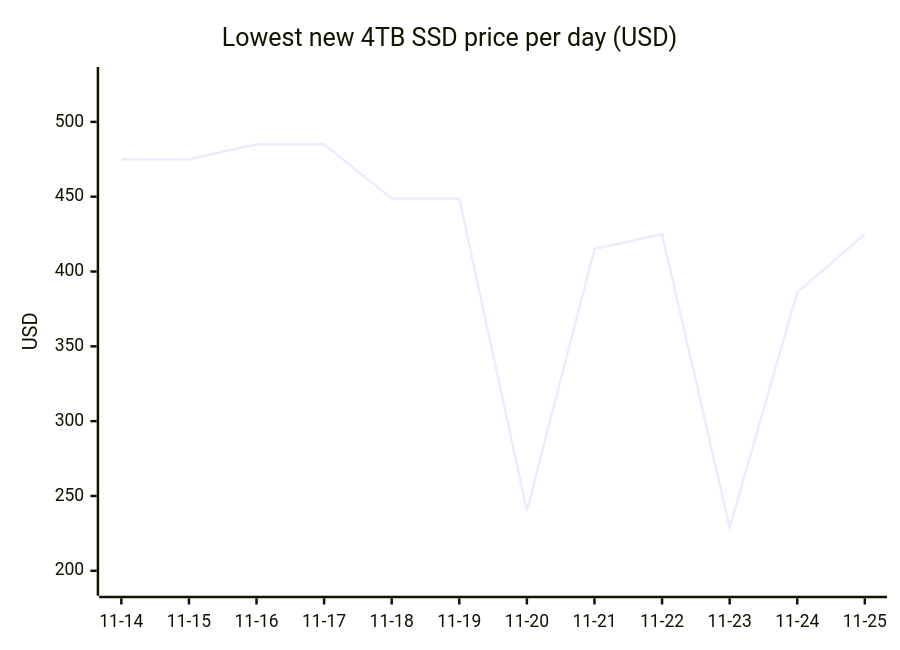
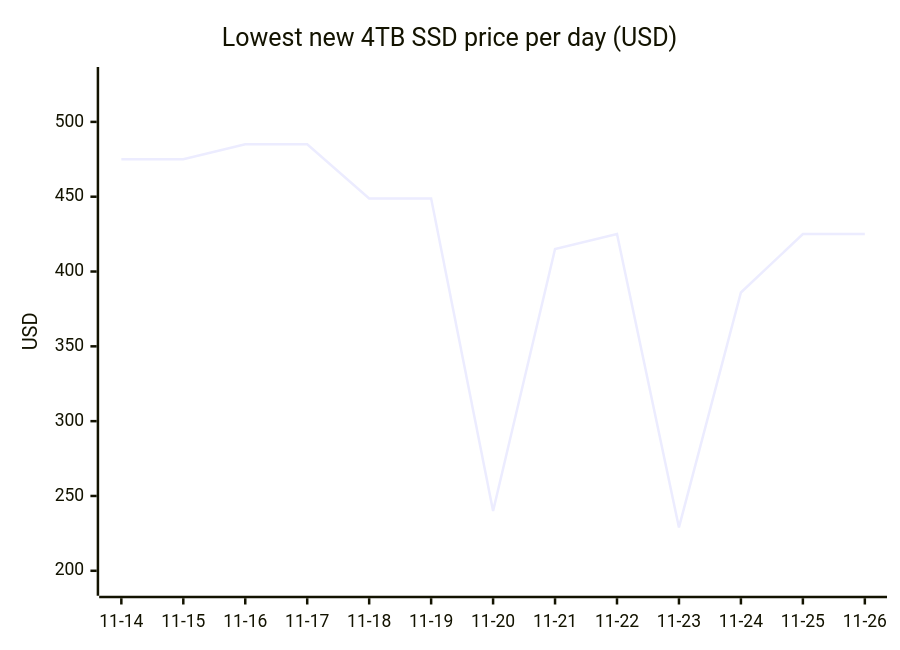
One commit to 7324136828/4tb_ssd_price_watch changed the first of 18 diagrams in README.md. Above: the diagram before and after it, drawn with Mermaid. The commit also changed other lines of this file, not shown here.

````diff
--- a/README.md
+++ b/README.md
@@ -81,7 +81,7 @@
 ```mermaid
 xychart-beta
     title "Lowest new 4TB SSD price per day (USD)"
-    x-axis ["11-14", "11-15", "11-16", "11-17", "11-18", "11-19", "11-20", "11-21", "11-22", "11-23", "11-24", "11-25"]
+    x-axis ["11-14", "11-15", "11-16", "11-17", "11-18", "11-19", "11-20", "11-21", "11-22", "11-23", "11-24", "11-25", "11-26"]
     y-axis "USD" 190 --> 530
-    line [474.97, 475.00, 484.99, 484.99, 448.88, 448.88, 239.99, 415.00, 425.00, 229.00, 385.99, 425.00]
+    line [474.97, 475.00, 484.99, 484.99, 448.88, 448.88, 239.99, 415.00, 425.00, 229.00, 385.99, 425.00, 425.00]
 ```
````
